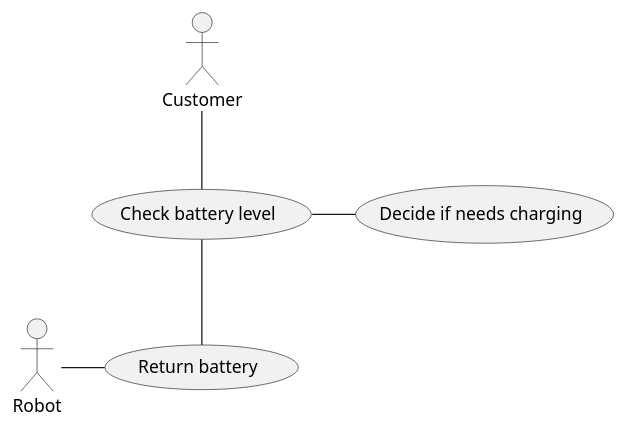
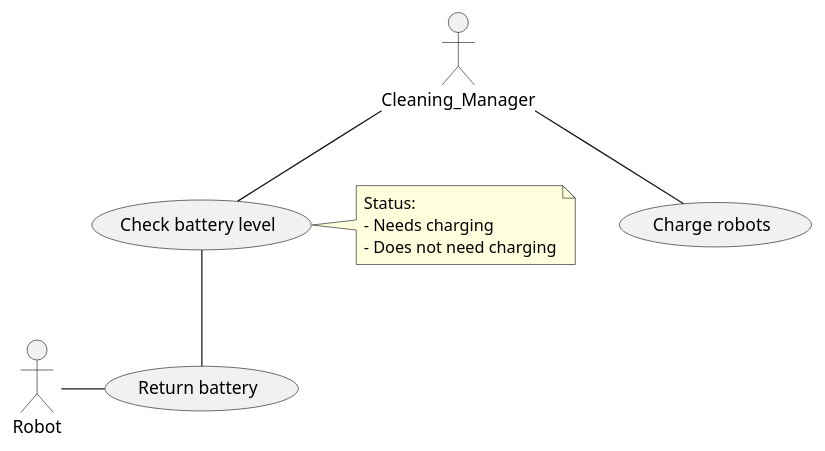
Before and after one commit to ur-cs-courses/course-project-catch-up: the diagram in docs/design/usecases/usecase3.puml, drawn with PlantUML. The commit also changed 5 other files, not shown here.

```diff
--- a/docs/design/usecases/usecase3.puml
+++ b/docs/design/usecases/usecase3.puml
@@ -1,14 +1,20 @@
 @startuml UseCase3
 
-actor Customer as C
+actor Cleaning_Manager  as C
 actor Robot as R
 
 usecase Battery as "Check battery level"
 usecase GiveBattery as "Return battery"
-usecase NeedsCharge as "Decide if needs charging"
+usecase Charge as "Charge robots"
 
 C -- Battery
+C -- Charge
 Battery -- GiveBattery
 R - GiveBattery
-Battery - NeedsCharge
+note right of Battery
+    Status: 
+    - Needs charging 
+    - Does not need charging
+end note 
+
 @enduml
```
